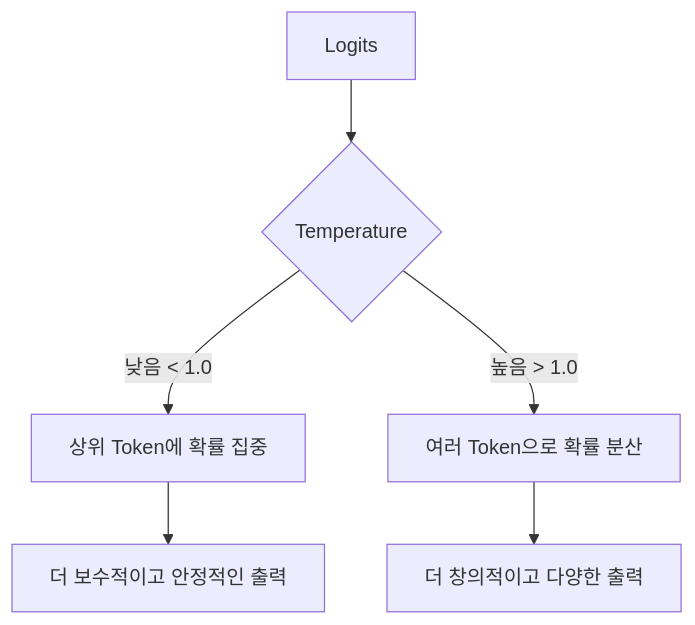
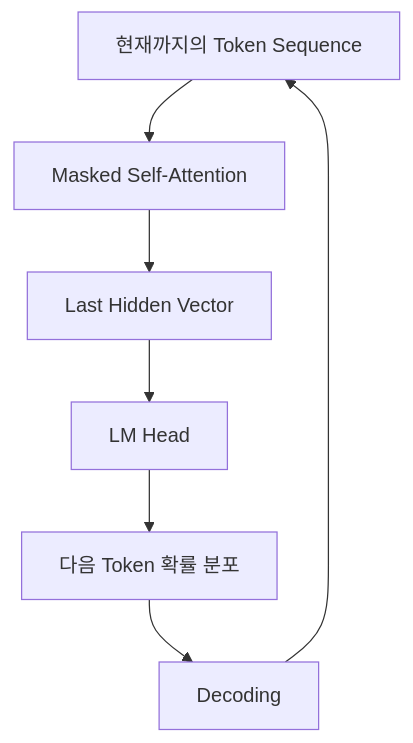
One commit to jwsung91/jwsung91.github.io changed the third of 6 diagrams in src/content/blog/2026-07-02-llm-encoder-only와-decoder-only-구조-이해하기.md. Above: the diagram before and after it, drawn with Mermaid. The commit also changed other lines of this file and 35 other files, not shown here.

````diff
--- a/src/content/blog/2026-07-02-llm-encoder-only와-decoder-only-구조-이해하기.md
+++ b/src/content/blog/2026-07-02-llm-encoder-only와-decoder-only-구조-이해하기.md
@@ -156,9 +143,9 @@
 ```mermaid
 flowchart TD
-    A[Logits] --> B{Temperature}
-    B -->|낮음 < 1.0| C[상위 Token에 확률 집중]
-    B -->|높음 > 1.0| D[여러 Token으로 확률 분산]
-    C --> E[더 보수적이고 안정적인 출력]
-    D --> F[더 창의적이고 다양한 출력]
-
+    A[현재까지의 Token Sequence] --> B[Masked Self-Attention]
+    B --> C[Last Hidden Vector]
+    C --> D[LM Head]
+    D --> E[다음 Token 확률 분포]
+    E --> F[Decoding]
+    F --> A
 ```
````
